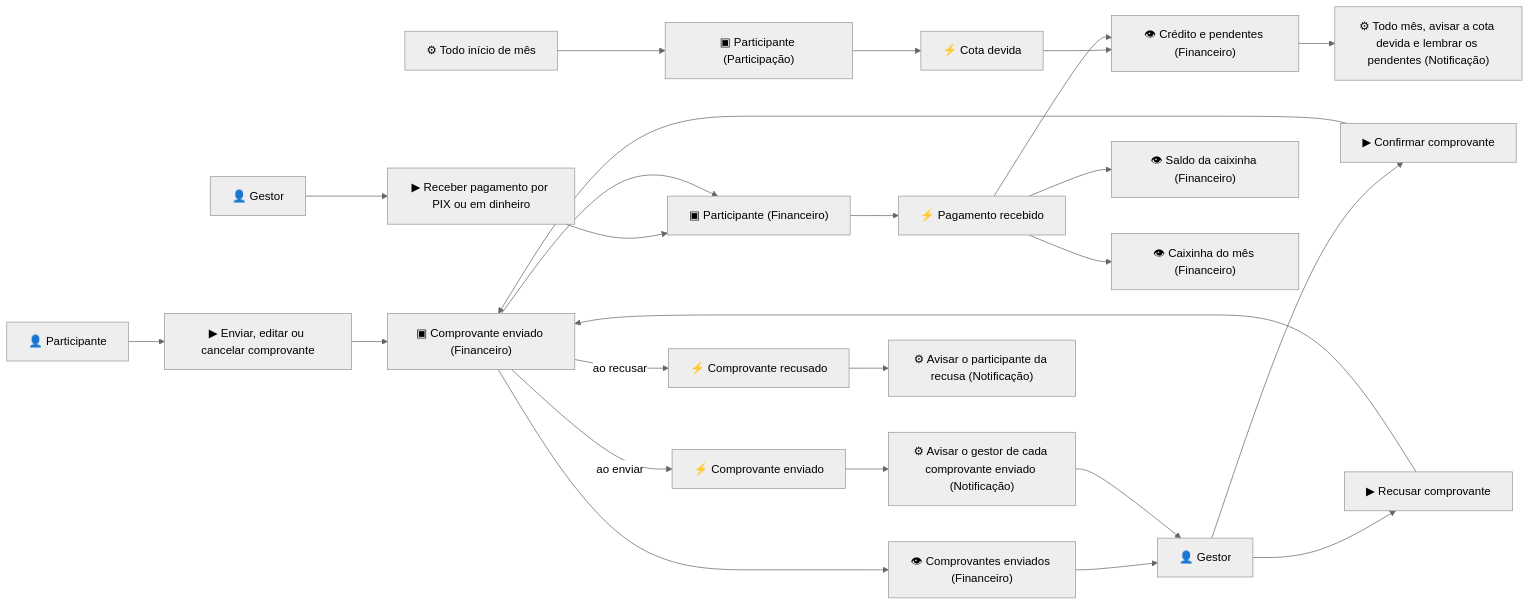
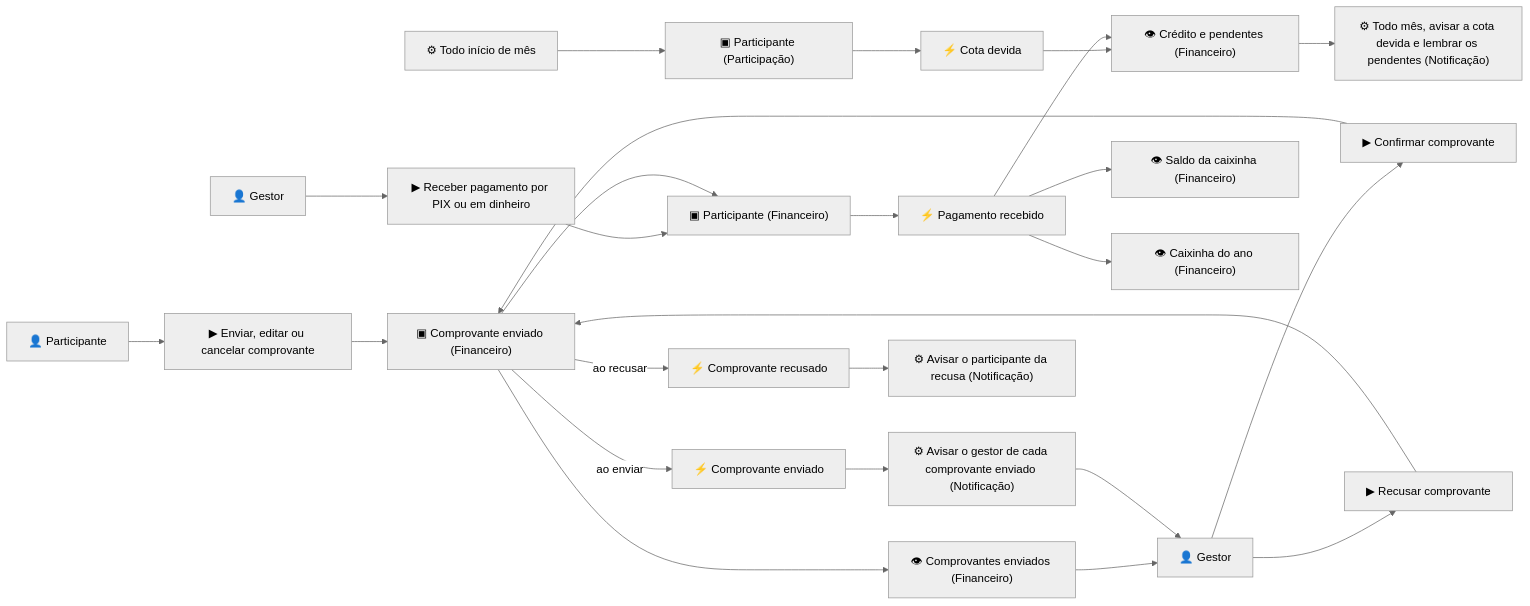
Before and after one commit to hsborges/facoffee-app: the third of 7 diagrams in docs/dominio/MODELOS.md, drawn with Mermaid. The commit also changed other lines of this file and 29 other files, not shown here.

First line of the commit message:
feat!: caixinha do ano e telas atualizadas a partir do protótipo (#106)

````diff
--- a/docs/dominio/MODELOS.md
+++ b/docs/dominio/MODELOS.md
@@ -125,18 +125,18 @@
 ```mermaid
 %%{init: {"theme": "neutral"}}%%
 flowchart LR
 
     P1["⚙ Todo início de mês"] --> G1["▣ Participante (Participação)"] --> E1["⚡ Cota devida"]
     A1["👤 Gestor"] --> C1["▶ Receber pagamento por PIX ou em dinheiro"] --> G2["▣ Participante (Financeiro)"] --> E2["⚡ Pagamento recebido"]
     A2["👤 Participante"] --> C2["▶ Enviar, editar ou cancelar comprovante"] --> G3["▣ Comprovante enviado (Financeiro)"] --> R4["👁 Comprovantes enviados (Financeiro)"]
     G3 -- "ao enviar" --> E3["⚡ Comprovante enviado"] --> P3["⚙ Avisar o gestor de cada comprovante enviado (Notificação)"]
     R4 --> A3["👤 Gestor"] --> C3["▶ Confirmar comprovante"] --> G3 --> G2
     P3 --> A3
     A3 --> C4["▶ Recusar comprovante"] --> G3
     G3 -- "ao recusar" --> E4["⚡ Comprovante recusado"] --> P4["⚙ Avisar o participante da recusa (Notificação)"]
     E1 --> R1["👁 Crédito e pendentes (Financeiro)"]
     E2 --> R1
     E2 --> R2["👁 Saldo da caixinha (Financeiro)"]
-    E2 --> R3["👁 Caixinha do mês (Financeiro)"]
+    E2 --> R3["👁 Caixinha do ano (Financeiro)"]
     R1 --> P2["⚙ Todo mês, avisar a cota devida e lembrar os pendentes (Notificação)"]
 ```
````
